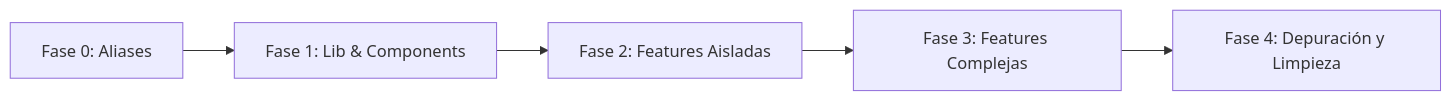
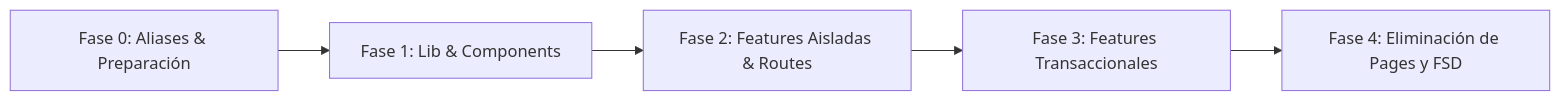
One commit to jeplabs/ecommerce changed the second of 2 diagrams in frontend/docs/migracion-arquitectura-bulletproof-react.md. Above: the diagram before and after it, drawn with Mermaid. The commit also changed other lines of this file and 1 other file, not shown here.

````diff
--- a/frontend/docs/migracion-arquitectura-bulletproof-react.md
+++ b/frontend/docs/migracion-arquitectura-bulletproof-react.md
@@ -175,7 +217,7 @@
 ```mermaid
 flowchart LR
-    F0["Fase 0: Aliases"] --> F1["Fase 1: Lib & Components"]
-    F1 --> F2["Fase 2: Features Aisladas"]
-    F2 --> F3["Fase 3: Features Complejas"]
-    F3 --> F4["Fase 4: Depuración y Limpieza"]
+    F0["Fase 0: Aliases & Preparación"] --> F1["Fase 1: Lib & Components"]
+    F1 --> F2["Fase 2: Features Aisladas & Routes"]
+    F2 --> F3["Fase 3: Features Transaccionales"]
+    F3 --> F4["Fase 4: Eliminación de Pages y FSD"]
 ```
````
